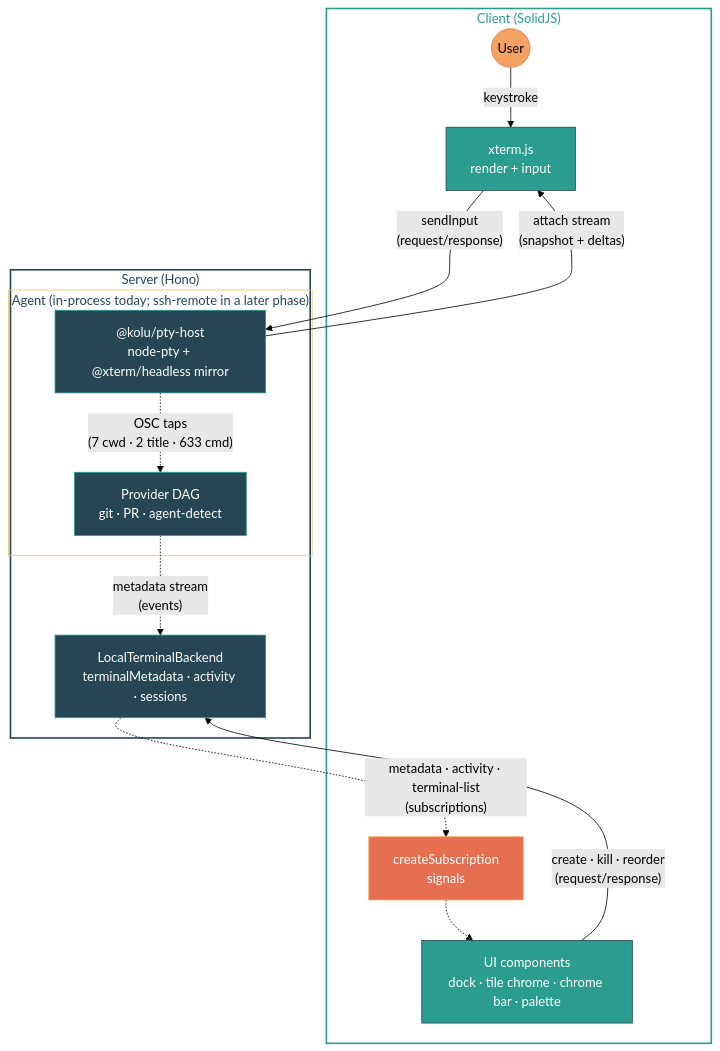
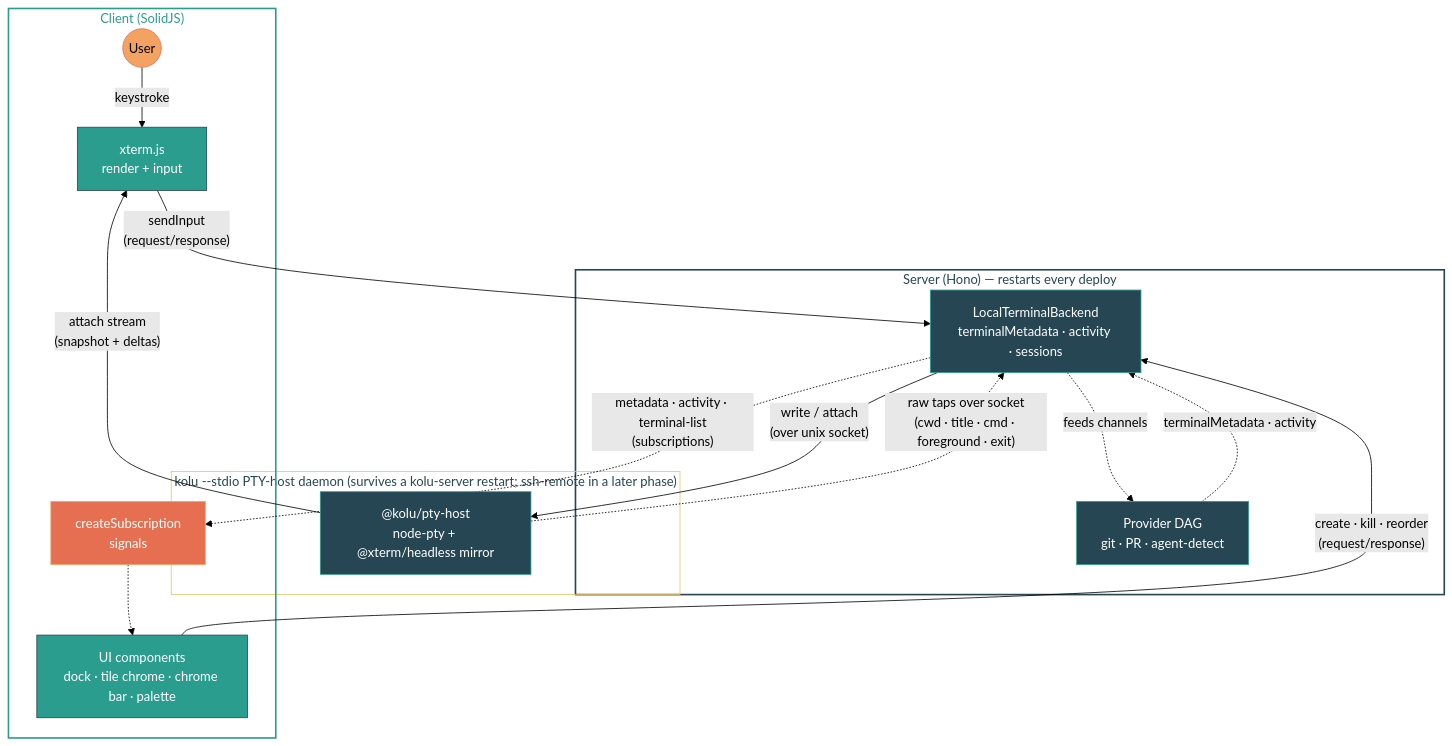
Before and after one commit to juspay/kolu: the diagram in README.md, drawn with Mermaid (forest theme). The commit also changed other lines of this file and 29 other files, not shown here.

````diff
--- a/README.md
+++ b/README.md
@@ -232,40 +232,43 @@
 ```mermaid
 flowchart TB
   subgraph Client["Client (SolidJS)"]
     User((User)):::user
     Xterm["xterm.js\nrender + input"]:::client
     Subs["createSubscription\nsignals"]:::cache
     UI["UI components\ndock · tile chrome · chrome bar · palette"]:::client
   end
 
-  subgraph Server["Server (Hono)"]
-    subgraph Agent["Agent (in-process today; ssh-remote in a later phase)"]
-      Host["@kolu/pty-host\nnode-pty + @xterm/headless mirror"]:::server
-      Providers["Provider DAG\ngit · PR · agent-detect"]:::server
-    end
+  subgraph Daemon["kolu --stdio PTY-host daemon (survives a kolu-server restart; ssh-remote in a later phase)"]
+    Host["@kolu/pty-host\nnode-pty + @xterm/headless mirror"]:::server
+  end
+
+  subgraph Server["Server (Hono) — restarts every deploy"]
+    Providers["Provider DAG\ngit · PR · agent-detect"]:::server
     Backend["LocalTerminalBackend\nterminalMetadata · activity · sessions"]:::server
   end
 
   %% Terminal I/O loop
   User -->|"keystroke"| Xterm
-  Xterm -->|"sendInput\n(request/response)"| Host
+  Xterm -->|"sendInput\n(request/response)"| Backend
+  Backend -->|"write / attach\n(over unix socket)"| Host
   Host -->|"attach stream\n(snapshot + deltas)"| Xterm
 
   %% Metadata loop
-  Host -.->|"OSC taps\n(7 cwd · 2 title · 633 cmd)"| Providers
-  Providers -.->|"metadata stream\n(events)"| Backend
+  Host -.->|"raw taps over socket\n(cwd · title · cmd · foreground · exit)"| Backend
+  Backend -.->|"feeds channels"| Providers
+  Providers -.->|"terminalMetadata · activity"| Backend
   Backend -.->|"metadata · activity · terminal-list\n(subscriptions)"| Subs
   Subs -.-> UI
 
   %% User actions
   UI -->|"create · kill · reorder\n(request/response)"| Backend
 
   classDef user fill:#f4a261,stroke:#e76f51,color:#000
   classDef client fill:#2a9d8f,stroke:#264653,color:#fff
   classDef cache fill:#e76f51,stroke:#f4a261,color:#fff
   classDef server fill:#264653,stroke:#2a9d8f,color:#fff
 
   style Client fill:none,stroke:#2a9d8f,stroke-width:2px,color:#2a9d8f
   style Server fill:none,stroke:#264653,stroke-width:2px,color:#264653
-  style Agent fill:none,stroke:#e9c46a,stroke-width:1px,color:#264653
+  style Daemon fill:none,stroke:#e9c46a,stroke-width:1px,color:#264653
 ```
````
